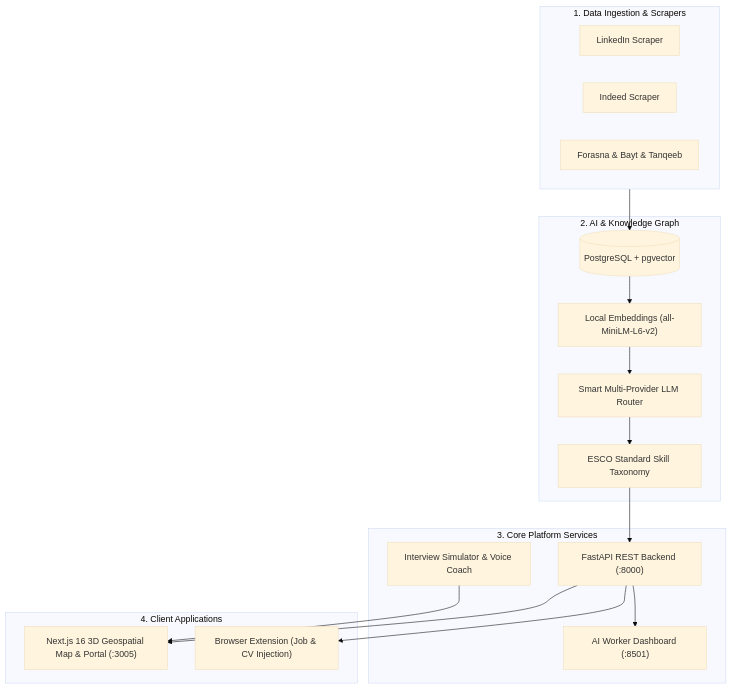
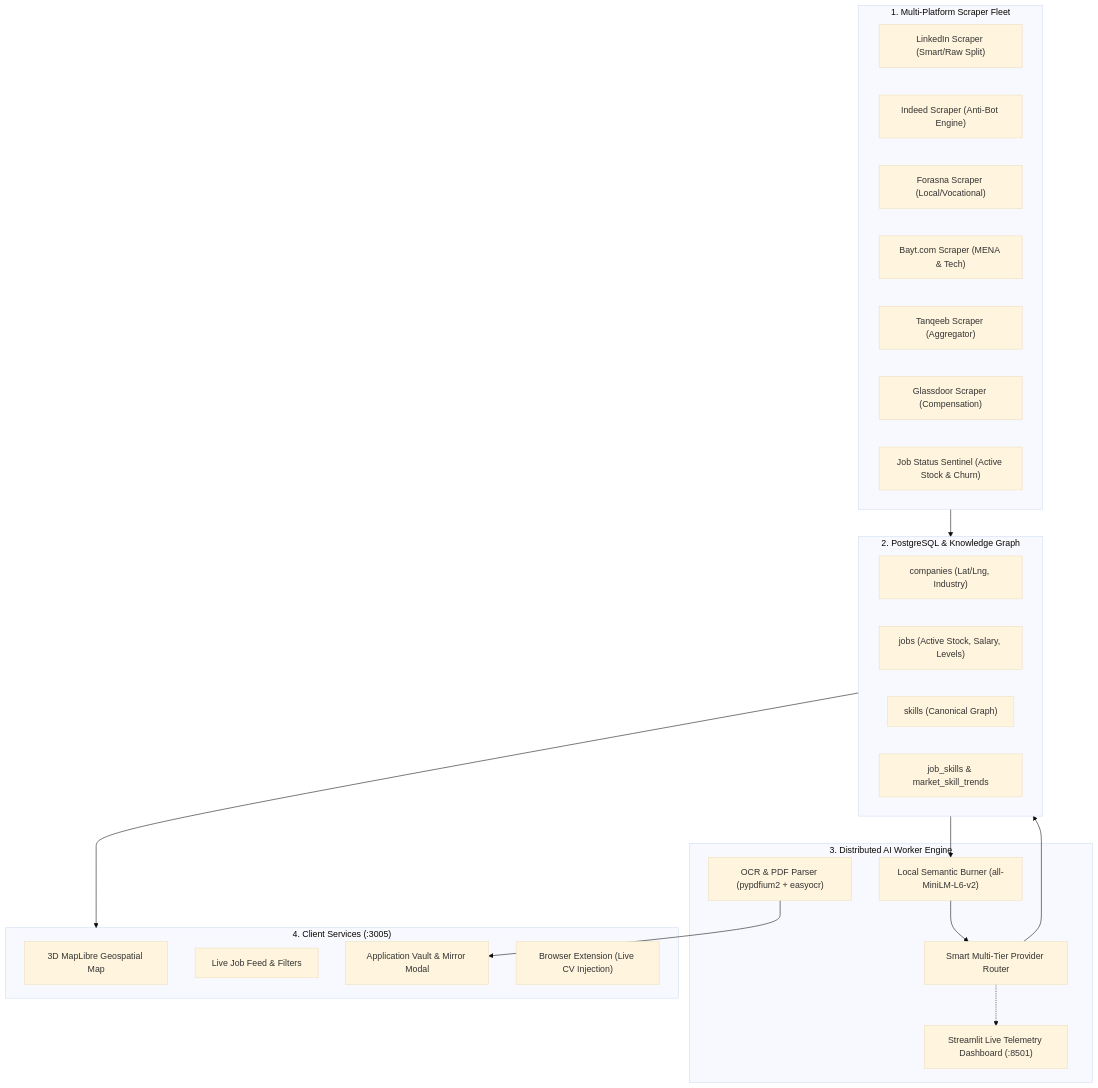
Before and after one commit to AhmeDvEssam/Egypt-Career-Map-Platform: the first of 2 diagrams in README.md, drawn with Mermaid (base theme). The commit also changed other lines of this file and 2 other files, not shown here.

Commit message:
docs: enrich platform documentation with scraper fleet, AI worker architecture, and UI visuals

````diff
--- a/README.md
+++ b/README.md
@@ -16,36 +22,41 @@
 ```mermaid
 flowchart TD
-    subgraph Data_Collection ["1. Data Ingestion & Scrapers"]
-        SC1[LinkedIn Scraper]
-        SC2[Indeed Scraper]
-        SC3[Forasna & Bayt & Tanqeeb]
+    subgraph Scraper_Fleet ["1. Multi-Platform Scraper Fleet"]
+        S_LI["LinkedIn Scraper (Smart/Raw Split)"]
+        S_IN["Indeed Scraper (Anti-Bot Engine)"]
+        S_FOR["Forasna Scraper (Local/Vocational)"]
+        S_BAY["Bayt.com Scraper (MENA & Tech)"]
+        S_TAN["Tanqeeb Scraper (Aggregator)"]
+        S_GLA["Glassdoor Scraper (Compensation)"]
+        S_CHK["Job Status Sentinel (Active Stock & Churn)"]
     end
 
-    subgraph Intelligence_Engine ["2. AI & Knowledge Graph"]
-        EMB["Local Embeddings (all-MiniLM-L6-v2)"]
-        ROUTER["Smart Multi-Provider LLM Router"]
-        ESCO["ESCO Standard Skill Taxonomy"]
-        PG[(PostgreSQL + pgvector)]
+    subgraph Storage ["2. PostgreSQL & Knowledge Graph"]
+        DB_COMP["companies (Lat/Lng, Industry)"]
+        DB_JOBS["jobs (Active Stock, Salary, Levels)"]
+        DB_SKILLS["skills (Canonical Graph)"]
+        DB_REL["job_skills & market_skill_trends"]
     end
 
-    subgraph Core_Services ["3. Core Platform Services"]
-        API["FastAPI REST Backend (:8000)"]
-        STREAMLIT["AI Worker Dashboard (:8501)"]
-        COACH["Interview Simulator & Voice Coach"]
+    subgraph AI_Engine ["3. Distributed AI Worker Engine"]
+        BURNER["Local Semantic Burner (all-MiniLM-L6-v2)"]
+        ROUTER["Smart Multi-Tier Provider Router"]
+        OCR["OCR & PDF Parser (pypdfium2 + easyocr)"]
+        TELEMETRY["Streamlit Live Telemetry Dashboard (:8501)"]
     end
 
-    subgraph User_Interface ["4. Client Applications"]
-        WEB["Next.js 16 3D Geospatial Map & Portal (:3005)"]
-        EXT["Browser Extension (Job & CV Injection)"]
+    subgraph Web_Client ["4. Client Services (:3005)"]
+        MAP["3D MapLibre Geospatial Map"]
+        FEED["Live Job Feed & Filters"]
+        VAULT["Application Vault & Mirror Modal"]
+        EXT["Browser Extension (Live CV Injection)"]
     end
 
-    Data_Collection --> PG
-    PG --> EMB
-    EMB --> ROUTER
-    ROUTER --> ESCO
-    ESCO --> API
-    API --> WEB
-    API --> EXT
-    API --> STREAMLIT
-    COACH --> WEB
+    Scraper_Fleet --> Storage
+    Storage --> BURNER
+    BURNER --> ROUTER
+    ROUTER --> Storage
+    Storage --> Web_Client
+    OCR --> VAULT
+    ROUTER -.-> TELEMETRY
 ```
````
